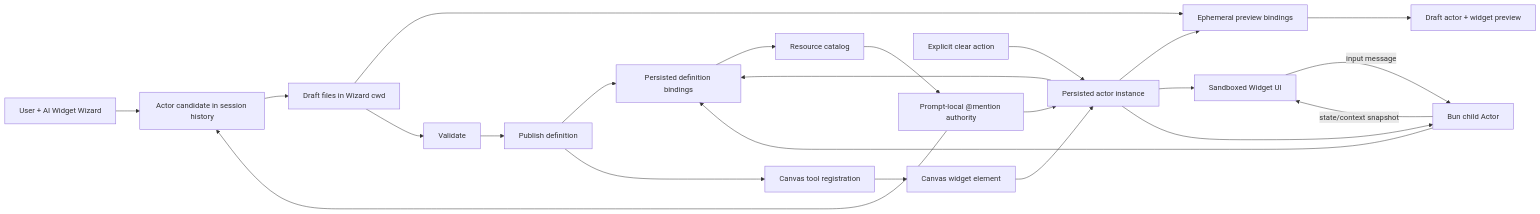
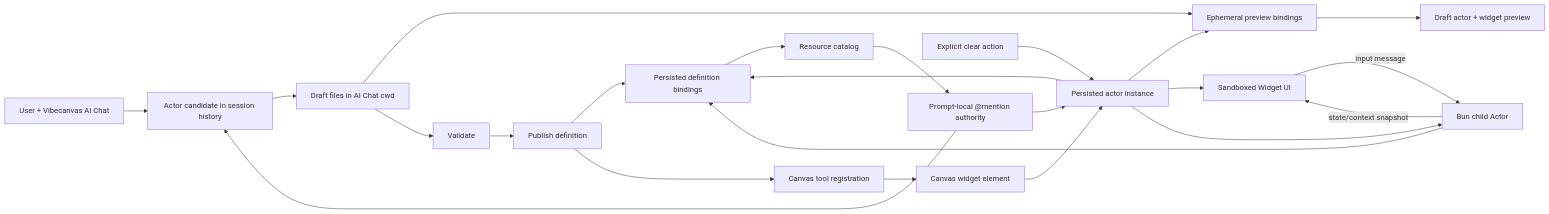
Before and after one commit to omnidraw/omnidraw: the diagram in docs/internal/llm.widget-system.md, drawn with Mermaid. The commit also changed other lines of this file and 45 other files, not shown here.

````diff
--- a/docs/internal/llm.widget-system.md
+++ b/docs/internal/llm.widget-system.md
@@ -18,25 +18,25 @@
 ```mermaid
 flowchart LR
-  U["User + AI Widget Wizard"] --> C["Actor candidate in session history"]
-  C --> D["Draft files in Wizard cwd"]
+  U["User + Vibecanvas AI Chat"] --> C["Actor candidate in session history"]
+  C --> D["Draft files in AI Chat cwd"]
   R["Resource catalog"] --> M["Prompt-local @mention authority"]
   M --> C
   M --> I["Persistent draft binding intent"]
   CLR["Explicit clear action"] --> I
   I --> P["Ephemeral preview bindings"]
   D --> P
   P --> A["Draft actor + widget preview"]
   D --> V["Validate"]
   V --> PUB["Publish definition"]
   I --> B["Persisted definition bindings"]
   PUB --> B
   PUB --> T["Canvas tool registration"]
   T --> E["Canvas widget element"]
   E --> I["Persisted actor instance"]
   I --> W["Sandboxed Widget UI"]
   I --> X["Bun child Actor"]
   X --> B
   B --> R
   W -->|"input message"| X
   X -->|"state/context snapshot"| W
 ```
````
